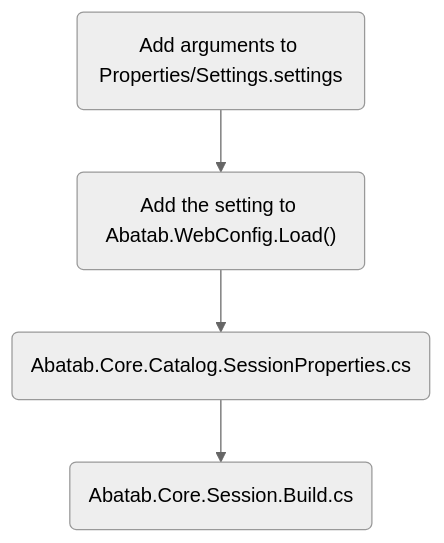
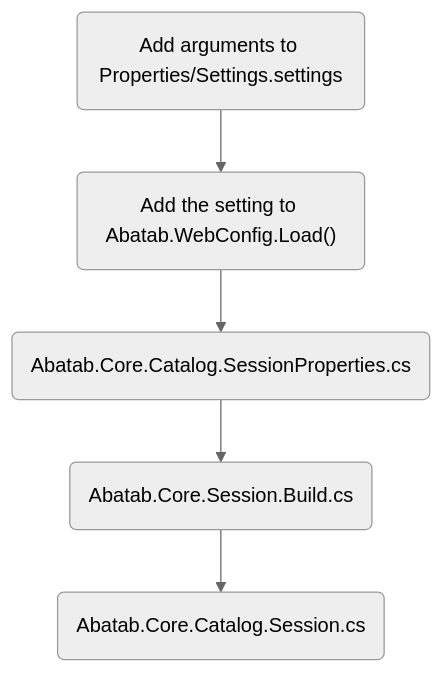
Before and after one commit to spectrum-health-systems/Abatab: the diagram in .development/Documentation/Adding new settings/Adding new settings.md, drawn with Mermaid (neutral theme). The commit also changed other lines of this file and 4 other files, not shown here.

````diff
--- a/.development/Documentation/Adding new settings/Adding new settings.md
+++ b/.development/Documentation/Adding new settings/Adding new settings.md
@@ -14,7 +14,8 @@
 ```mermaid
 graph TD
 
   AddSettingToSettings("Add arguments to Properties/Settings.settings") --> AddSettingToWebConfigLoad("Add the setting to Abatab.WebConfig.Load()")
   AddSettingToWebConfigLoad("Add the setting to Abatab.WebConfig.Load()") --> AddSettingToAbatabCoreCatalogSessionProperties("Add the setting to Abatab.Core.Catalog.SessionProperties.cs")
   AddSettingToAbatabCoreCatalogSessionProperties("Abatab.Core.Catalog.SessionProperties.cs") --> AddSettingToAbatab.Core.Session.Build("Abatab.Core.Session.Build.cs")
+  AddSettingToAbatab.Core.Session.Build("Abatab.Core.Session.Build.cs") --> AddSettingToAbatabCoreCatalogSession.cs("Abatab.Core.Catalog.Session.cs")
 ```
````
